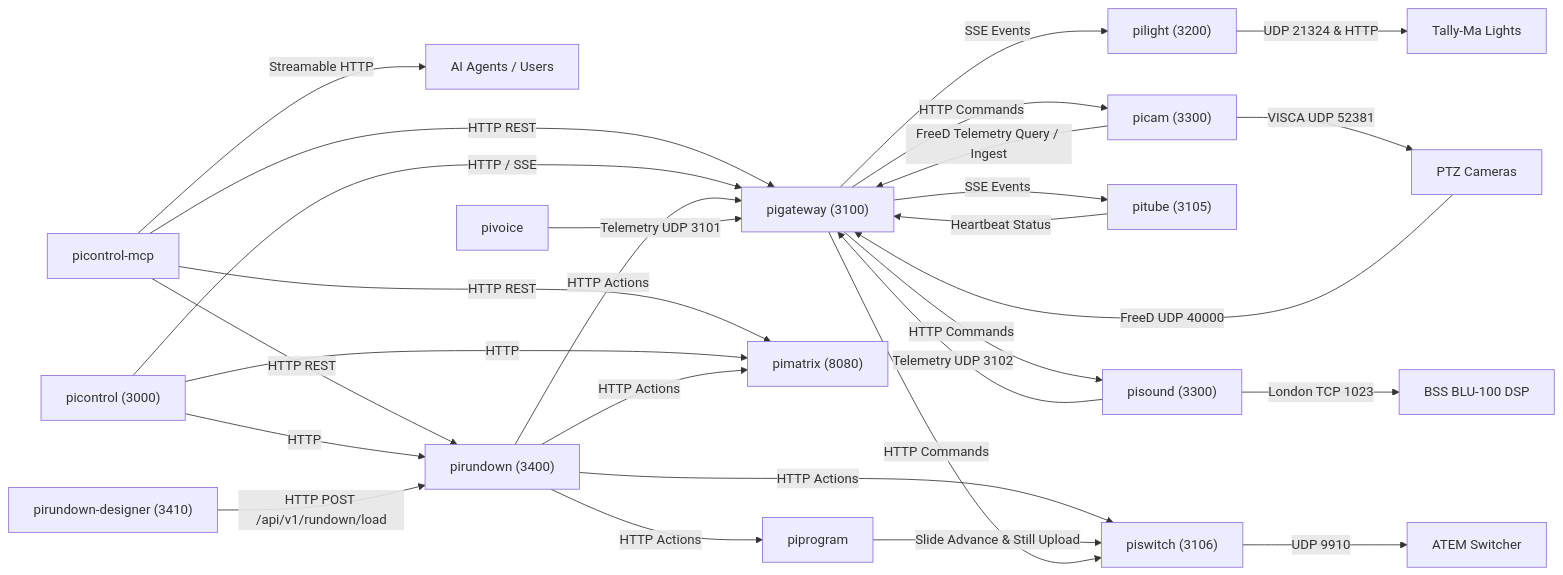
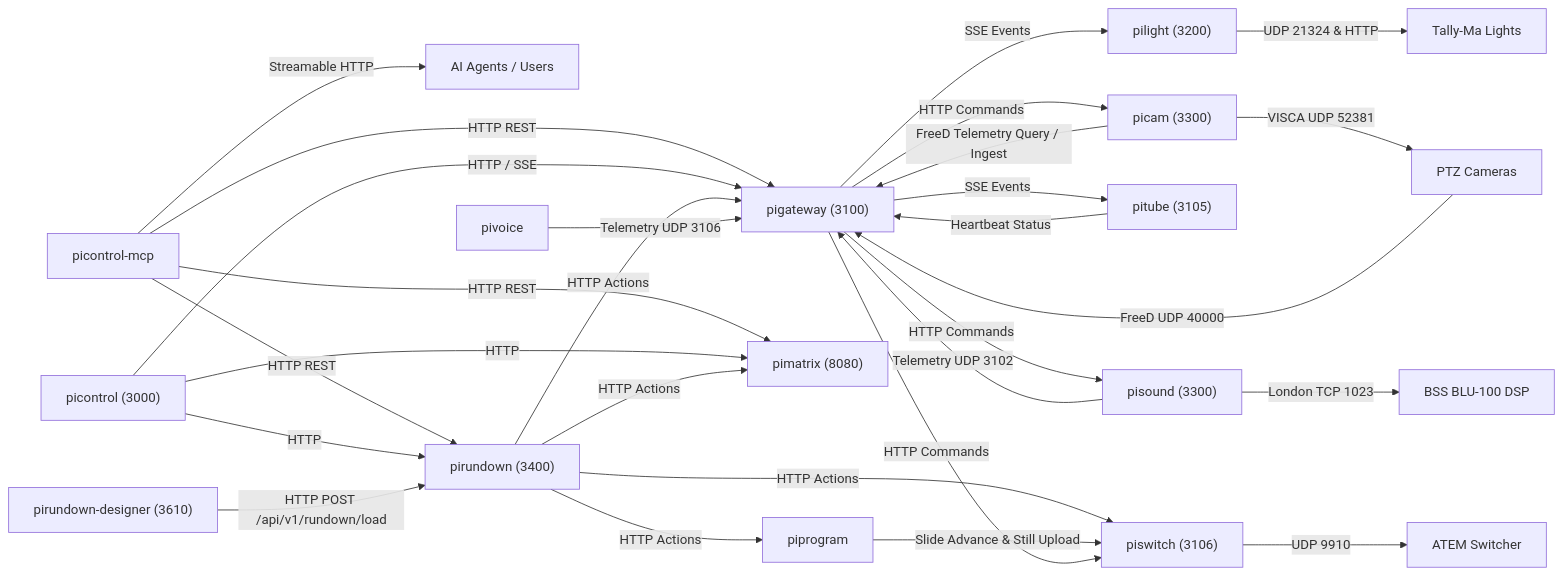
The diagram in docs/inter-service-matrix.md (jsilvanus/piecosystem), drawn with Mermaid before and after one commit. The commit also changed other lines of this file and 4 other files, not shown here.

````diff
--- a/docs/inter-service-matrix.md
+++ b/docs/inter-service-matrix.md
@@ -54,38 +54,38 @@
 ```mermaid
 graph LR
     MCP["picontrol-mcp"] -->|Streamable HTTP| OPERATOR["AI Agents / Users"]
     MCP -->|HTTP REST| PIGATEWAY["pigateway (3100)"]
     MCP -->|HTTP REST| PIRUNDOWN["pirundown (3400)"]
     MCP -->|HTTP REST| PIMATRIX["pimatrix (8080)"]
 
     PICONTROL["picontrol (3000)"] -->|HTTP / SSE| PIGATEWAY
     PICONTROL -->|HTTP| PIRUNDOWN
     PICONTROL -->|HTTP| PIMATRIX
 
-    DESIGNER["pirundown-designer (3410)"] -->|HTTP POST /api/v1/rundown/load| PIRUNDOWN
+    DESIGNER["pirundown-designer (3610)"] -->|HTTP POST /api/v1/rundown/load| PIRUNDOWN
 
     PIRUNDOWN -->|HTTP Actions| PIGATEWAY
     PIRUNDOWN -->|HTTP Actions| PIMATRIX
     PIRUNDOWN -->|HTTP Actions| PISWITCH["piswitch (3106)"]
     PIRUNDOWN -->|HTTP Actions| PIPROGRAM["piprogram"]
 
     PIPROGRAM -->|Slide Advance & Still Upload| PISWITCH
 
     PIGATEWAY -->|SSE Events| PILIGHT["pilight (3200)"]
     PIGATEWAY -->|SSE Events| PITUBE["pitube (3105)"]
     PIGATEWAY -->|HTTP Commands| PICAM["picam (3300)"]
     PIGATEWAY -->|HTTP Commands| PISOUND["pisound (3300)"]
     PIGATEWAY -->|HTTP Commands| PISWITCH
 
     PICAM -->|FreeD Telemetry Query / Ingest| PIGATEWAY
     CAMS["PTZ Cameras"] -->|FreeD UDP 40000| PIGATEWAY
 
     PITUBE -->|Heartbeat Status| PIGATEWAY
-    PIVOICE["pivoice"] -->|Telemetry UDP 3101| PIGATEWAY
+    PIVOICE["pivoice"] -->|Telemetry UDP 3106| PIGATEWAY
     PISOUND -->|Telemetry UDP 3102| PIGATEWAY
 
     PICAM -->|VISCA UDP 52381| CAMS["PTZ Cameras"]
     PISOUND -->|London TCP 1023| BSS["BSS BLU-100 DSP"]
     PISWITCH -->|UDP 9910| ATEM["ATEM Switcher"]
     PILIGHT -->|UDP 21324 & HTTP| TALLIES["Tally-Ma Lights"]
 ```
````
